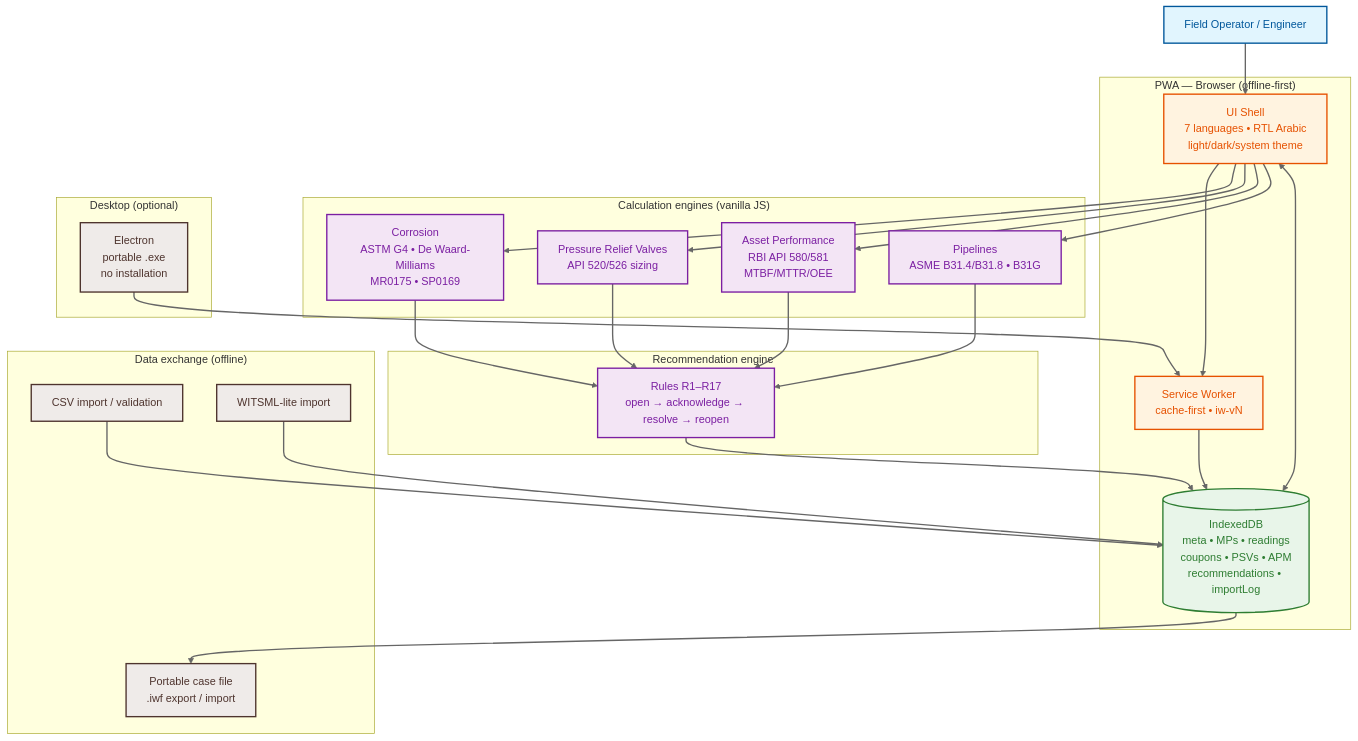
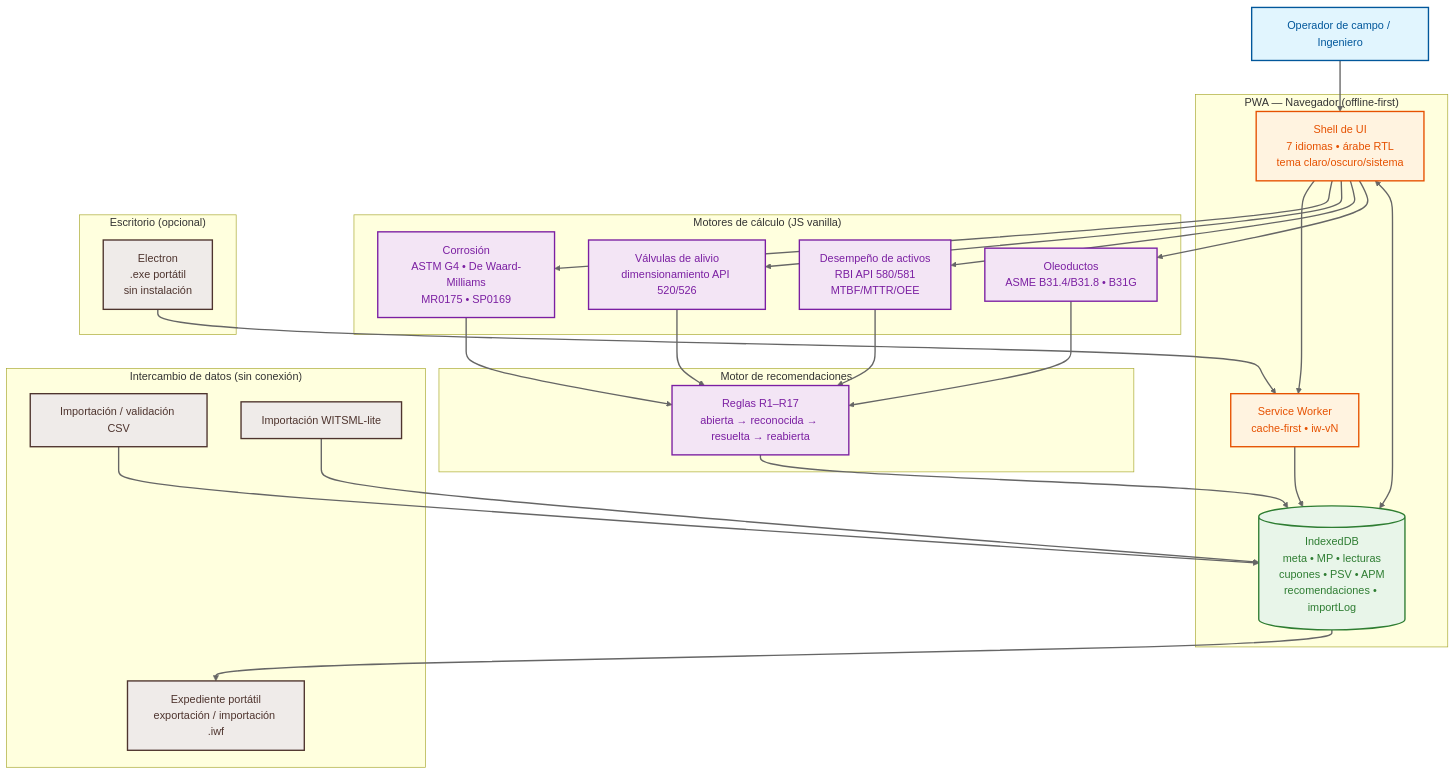
One commit to DeployModeIO/integritywatch-field changed the first of 4 diagrams in README.md. Above: the diagram before and after it, drawn with Mermaid. The commit also changed other lines of this file and 4 other files, not shown here.

````diff
--- a/README.md
+++ b/README.md
@@ -45,70 +45,70 @@
 ```mermaid
 flowchart TD
     %% Styling
     classDef user fill:#e1f5fe,stroke:#01579b,stroke-width:2px,color:#01579b
     classDef app fill:#fff3e0,stroke:#e65100,stroke-width:2px,color:#e65100
     classDef storage fill:#e8f5e9,stroke:#2e7d32,stroke-width:2px,color:#2e7d32
     classDef engine fill:#f3e5f5,stroke:#7b1fa2,stroke-width:2px,color:#7b1fa2
     classDef external fill:#efebe9,stroke:#4e342e,stroke-width:2px,color:#4e342e
 
-    %% User
-    U[Field Operator / Engineer]:::user
+    %% Usuario
+    U[Operador de campo / Ingeniero]:::user
 
-    %% PWA / Browser layer
-    subgraph PWA["PWA — Browser (offline-first)"]
+    %% Capa PWA / navegador
+    subgraph PWA["PWA — Navegador (offline-first)"]
         SW[Service Worker<br/>cache-first • iw-vN]:::app
-        IDB[(IndexedDB<br/>meta • MPs • readings<br/>coupons • PSVs • APM<br/>recommendations • importLog)]:::storage
-        UI[UI Shell<br/>7 languages • RTL Arabic<br/>light/dark/system theme]:::app
+        IDB[(IndexedDB<br/>meta • MP • lecturas<br/>cupones • PSV • APM<br/>recomendaciones • importLog)]:::storage
+        UI[Shell de UI<br/>7 idiomas • árabe RTL<br/>tema claro/oscuro/sistema]:::app
     end
 
-    %% Calculation engines
-    subgraph Engines["Calculation engines (vanilla JS)"]
-        CORR[Corrosion<br/>ASTM G4 • De Waard-Milliams<br/>MR0175 • SP0169]:::engine
-        PSV[Pressure Relief Valves<br/>API 520/526 sizing]:::engine
-        APM[Asset Performance<br/>RBI API 580/581<br/>MTBF/MTTR/OEE]:::engine
-        PIPE[Pipelines<br/>ASME B31.4/B31.8 • B31G]:::engine
+    %% Motores de cálculo
+    subgraph Engines["Motores de cálculo (JS vanilla)"]
+        CORR[Corrosión<br/>ASTM G4 • De Waard-Milliams<br/>MR0175 • SP0169]:::engine
+        PSV[Válvulas de alivio<br/>dimensionamiento API 520/526]:::engine
+        APM[Desempeño de activos<br/>RBI API 580/581<br/>MTBF/MTTR/OEE]:::engine
+        PIPE[Oleoductos<br/>ASME B31.4/B31.8 • B31G]:::engine
     end
 
-    %% Rule engine
-    subgraph Rules["Recommendation engine"]
-        R[Rules R1–R17<br/>open → acknowledge → resolve → reopen]:::engine
+    %% Motor de reglas
+    subgraph Rules["Motor de recomendaciones"]
+        R[Reglas R1–R17<br/>abierta → reconocida → resuelta → reabierta]:::engine
     end
 
-    %% Data exchange
-    subgraph Data["Data exchange (offline)"]
-        CSV[CSV import / validation]:::external
-        WITSML[WITSML-lite import]:::external
-        IWF[Portable case file<br/>.iwf export / import]:::external
+    %% Intercambio de datos
+    subgraph Data["Intercambio de datos (sin conexión)"]
+        CSV[Importación / validación CSV]:::external
+        WITSML[Importación WITSML-lite]:::external
+        IWF[Expediente portátil<br/>exportación / importación .iwf]:::external
     end
 
-    %% Optional desktop
-    subgraph Desktop["Desktop (optional)"]
-        E[Electron<br/>portable .exe<br/>no installation]:::external
+    %% Escritorio opcional
+    subgraph Desktop["Escritorio (opcional)"]
+        E[Electron<br/>.exe portátil<br/>sin instalación]:::external
     end
 
-    %% Connections
+    %% Conexiones
     U --> UI
     UI --> SW
     SW --> IDB
     IDB <--> UI
     
     UI --> CORR
     UI --> PSV
     UI --> APM
     UI --> PIPE
     
     CORR --> R
     PSV --> R
     APM --> R
     PIPE --> R
     
     R --> IDB
     
     CSV --> IDB
     WITSML --> IDB
     IDB --> IWF
     
     E --> SW
 
     linkStyle default stroke-width:2px,fill:none,stroke:#666
 ```
````
